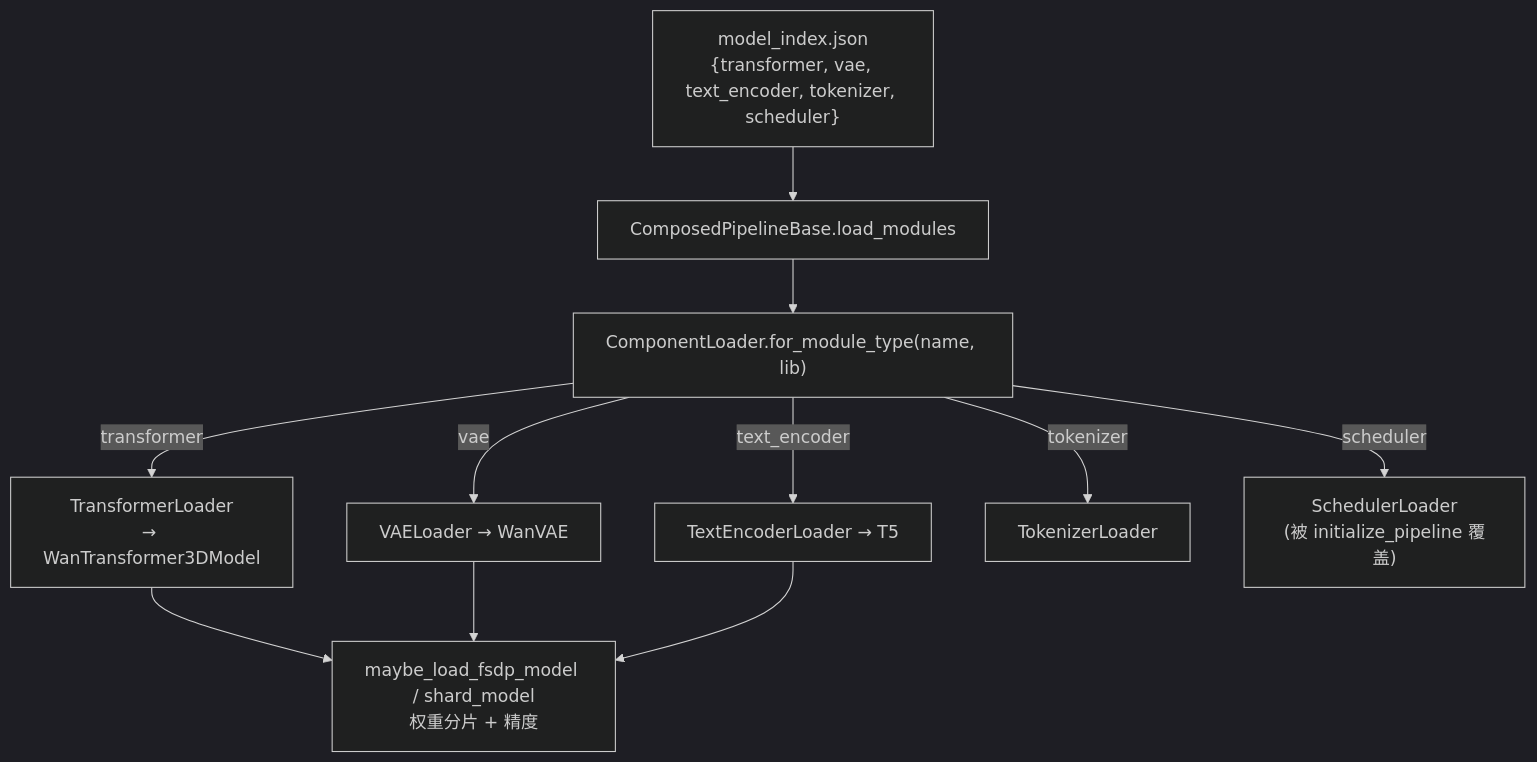
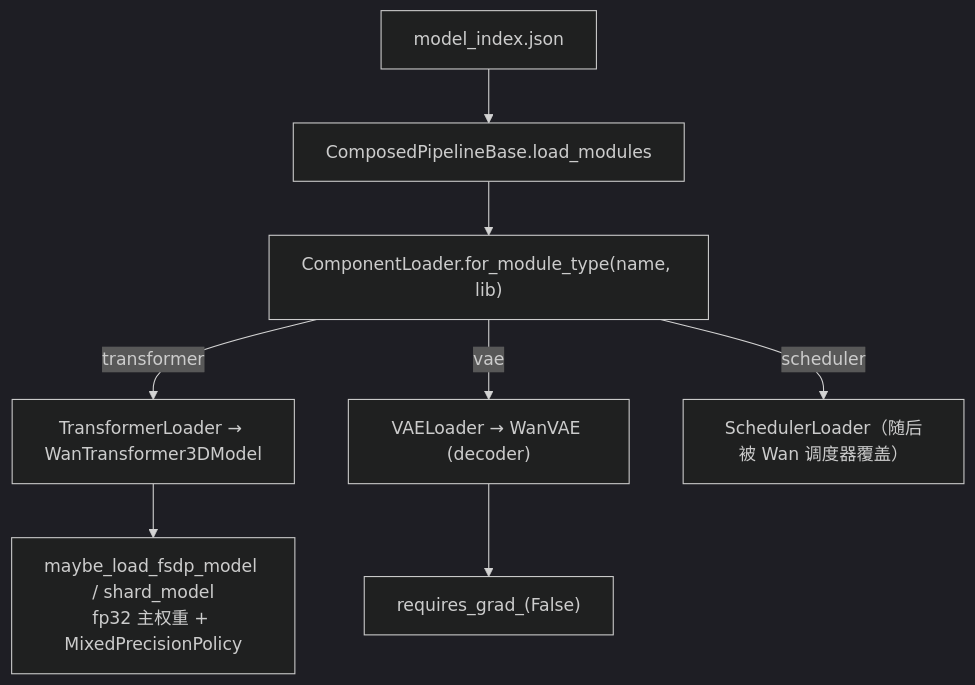
One commit to Huangzjun/FlashGen changed the sixth of 11 diagrams in docs/架构设计.md. Above: the diagram before and after it, drawn with Mermaid (dark theme). The commit also changed other lines of this file and 82 other files, not shown here.

````diff
--- a/docs/架构设计.md
+++ b/docs/架构设计.md
@@ -476,17 +450,10 @@
 ```mermaid
 flowchart TD
-    MI["model_index.json<br/>{transformer, vae, text_encoder, tokenizer, scheduler}"]
-    LM["ComposedPipelineBase.load_modules"]
-    F["ComponentLoader.for_module_type(name, lib)"]
-
-    MI --> LM --> F
-    F -->|transformer| TL["TransformerLoader<br/>→ WanTransformer3DModel"]
-    F -->|vae| VL["VAELoader → WanVAE"]
-    F -->|text_encoder| EL["TextEncoderLoader → T5"]
-    F -->|tokenizer| KL["TokenizerLoader"]
-    F -->|scheduler| SL["SchedulerLoader<br/>(被 initialize_pipeline 覆盖)"]
-
-    TL --> FSDP["maybe_load_fsdp_model / shard_model<br/>权重分片 + 精度"]
-    VL --> FSDP
-    EL --> FSDP
+    MI["model_index.json"] --> LM["ComposedPipelineBase.load_modules"]
+    LM --> F["ComponentLoader.for_module_type(name, lib)"]
+    F -->|transformer| TL["TransformerLoader → WanTransformer3DModel"]
+    F -->|vae| VL["VAELoader → WanVAE (decoder)"]
+    F -->|scheduler| SL["SchedulerLoader（随后被 Wan 调度器覆盖）"]
+    TL --> FSDP["maybe_load_fsdp_model / shard_model<br/>fp32 主权重 + MixedPrecisionPolicy"]
+    VL --> FROZEN["requires_grad_(False)"]
 ```
````
